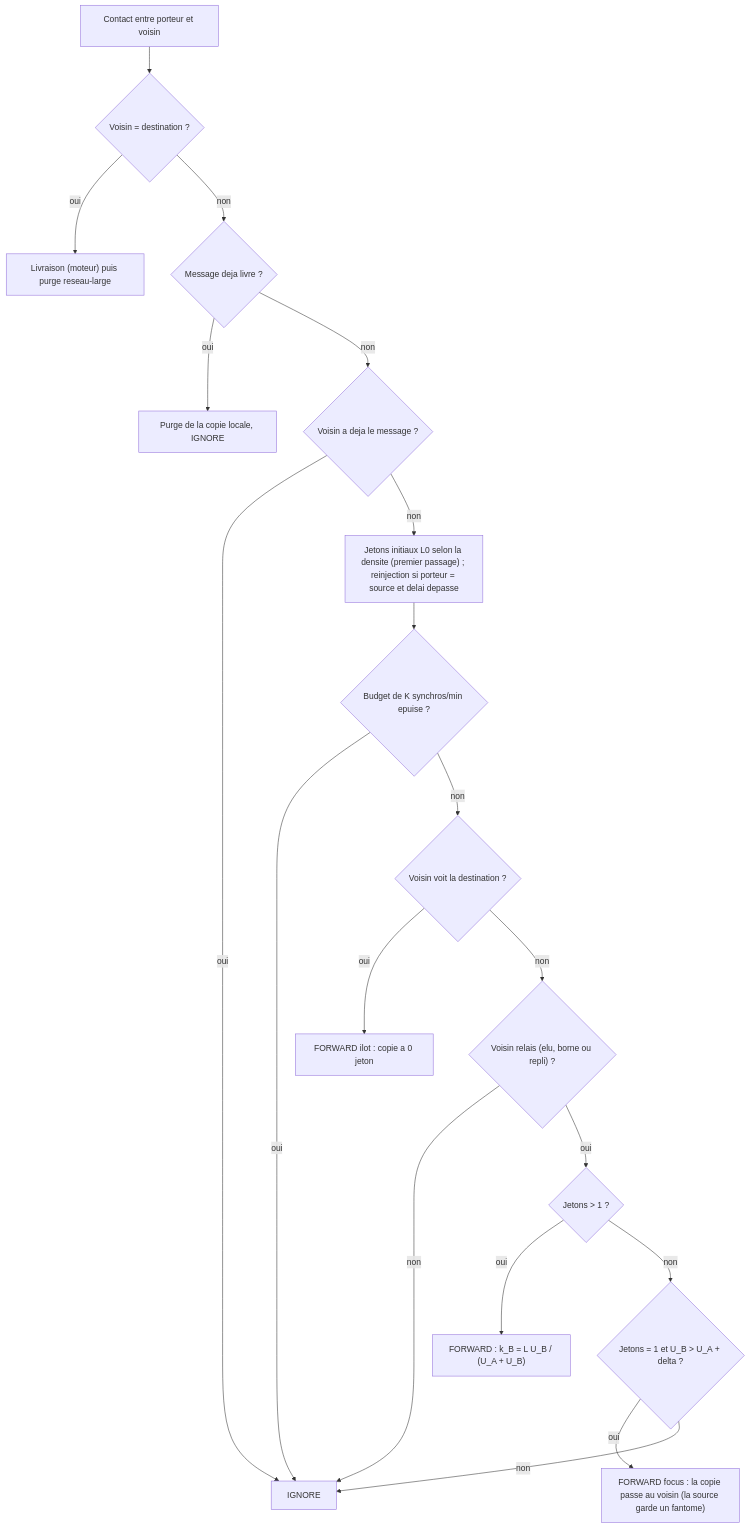
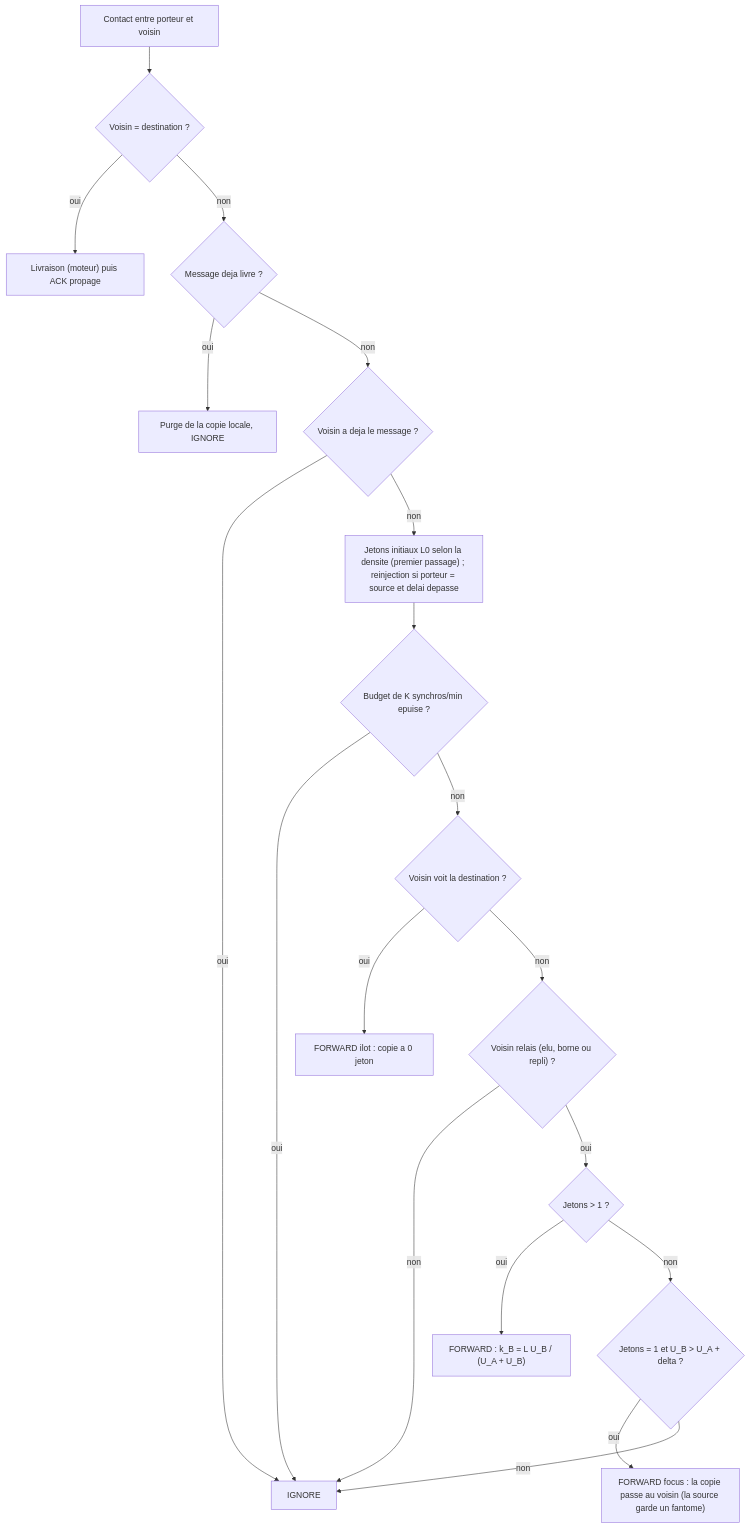
Before and after one commit to NICE-CINE/simuation-test: the diagram in docs/algorithmes/tide.md, drawn with Mermaid. The commit also changed other lines of this file and 44 other files, not shown here.

````diff
--- a/docs/algorithmes/tide.md
+++ b/docs/algorithmes/tide.md
@@ -31,21 +31,21 @@
 ```mermaid
 flowchart TD
     A["Contact entre porteur et voisin"] --> B{"Voisin = destination ?"}
-    B -- oui --> L["Livraison (moteur) puis purge reseau-large"]
+    B -- oui --> L["Livraison (moteur) puis ACK propage"]
     B -- non --> P{"Message deja livre ?"}
     P -- oui --> X["Purge de la copie locale, IGNORE"]
     P -- non --> C{"Voisin a deja le message ?"}
     C -- oui --> I["IGNORE"]
     C -- non --> T["Jetons initiaux L0 selon la densite (premier passage) ; reinjection si porteur = source et delai depasse"]
     T --> K{"Budget de K synchros/min epuise ?"}
     K -- oui --> I
     K -- non --> IL{"Voisin voit la destination ?"}
     IL -- oui --> F1["FORWARD ilot : copie a 0 jeton"]
     IL -- non --> R{"Voisin relais (elu, borne ou repli) ?"}
     R -- non --> I
     R -- oui --> S{"Jetons > 1 ?"}
     S -- oui --> F2["FORWARD : k_B = L U_B / (U_A + U_B)"]
     S -- non --> U{"Jetons = 1 et U_B > U_A + delta ?"}
     U -- oui --> F3["FORWARD focus : la copie passe au voisin (la source garde un fantome)"]
     U -- non --> I
 ```
````
